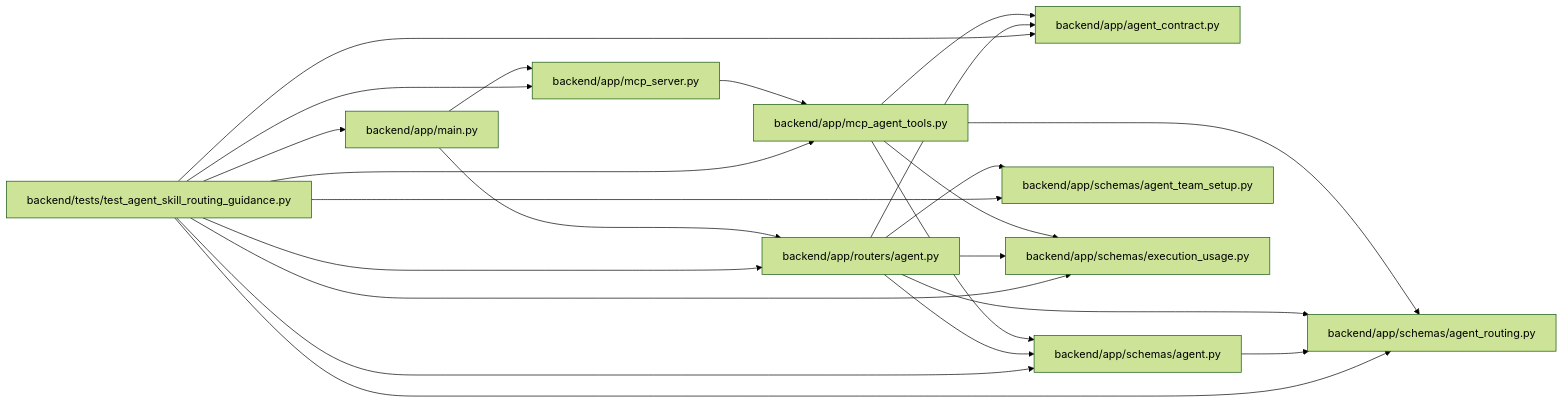
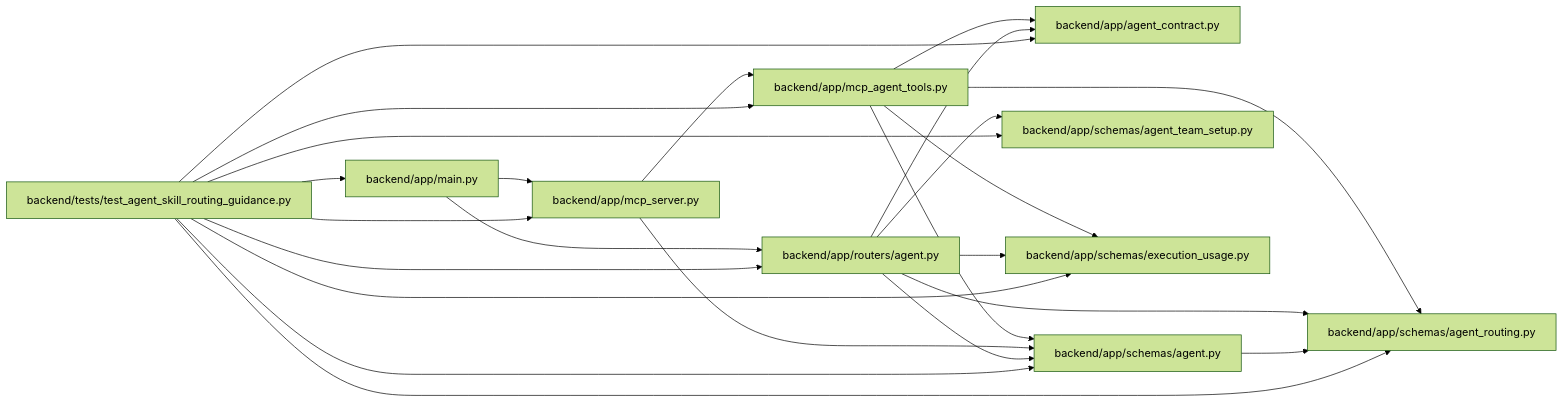
Before and after one commit to Denissvgn/WorkChord: the diagram in docs/llm_wiki/modules/test_agent_skill_routing_guidance.md, drawn with Mermaid (forest theme). The commit also changed 868 other files, not shown here.

````diff
--- a/docs/llm_wiki/modules/test_agent_skill_routing_guidance.md
+++ b/docs/llm_wiki/modules/test_agent_skill_routing_guidance.md
@@ -32,45 +32,46 @@
 ```mermaid
 flowchart LR
     n0["backend/app/agent_contract.py"]
     n1["backend/app/main.py"]
     n2["backend/app/mcp_agent_tools.py"]
     n3["backend/app/mcp_server.py"]
     n4["backend/app/routers/agent.py"]
     n5["backend/app/schemas/agent.py"]
     n6["backend/app/schemas/agent_routing.py"]
     n7["backend/app/schemas/agent_team_setup.py"]
     n8["backend/app/schemas/execution_usage.py"]
     n9["backend/tests/test_agent_skill_routing_guidance.py"]
     n1 --> n3
     n1 --> n4
     n2 --> n0
     n2 --> n5
     n2 --> n6
     n2 --> n8
     n3 --> n2
+    n3 --> n5
     n4 --> n0
     n4 --> n5
     n4 --> n6
     n4 --> n7
     n4 --> n8
     n5 --> n6
     n9 --> n0
     n9 --> n1
     n9 --> n2
     n9 --> n3
     n9 --> n4
     n9 --> n5
     n9 --> n6
     n9 --> n7
     n9 --> n8
     click n0 "../modules/agent_contract.md"
     click n1 "../modules/app_main.md"
     click n2 "../modules/mcp_agent_tools.md"
     click n3 "../modules/mcp_server.md"
     click n4 "../modules/routers_agent.md"
     click n5 "../modules/schemas_agent.md"
     click n6 "../modules/agent_routing.md"
     click n7 "../modules/agent_team_setup.md"
     click n8 "../modules/schemas_execution_usage.md"
     click n9 "../modules/test_agent_skill_routing_guidance.md"
 ```
````
